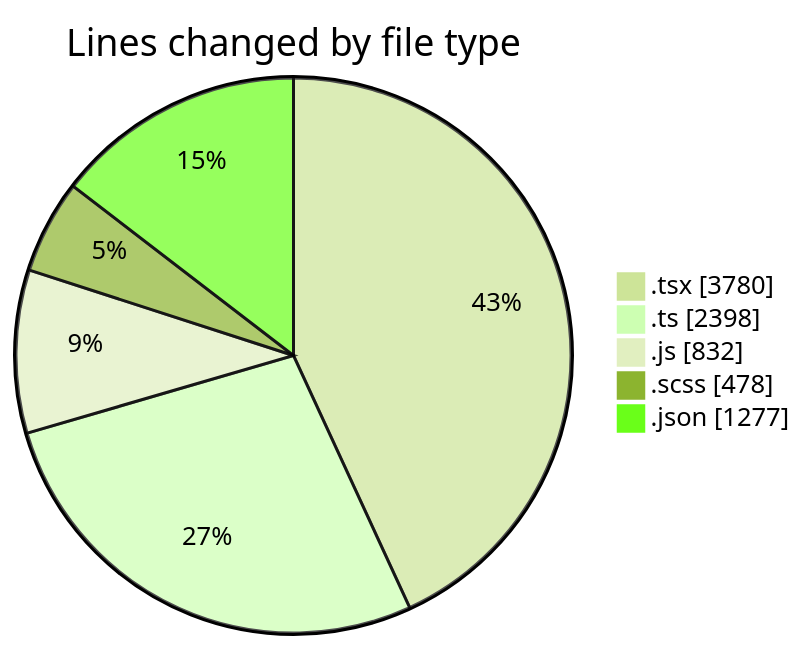
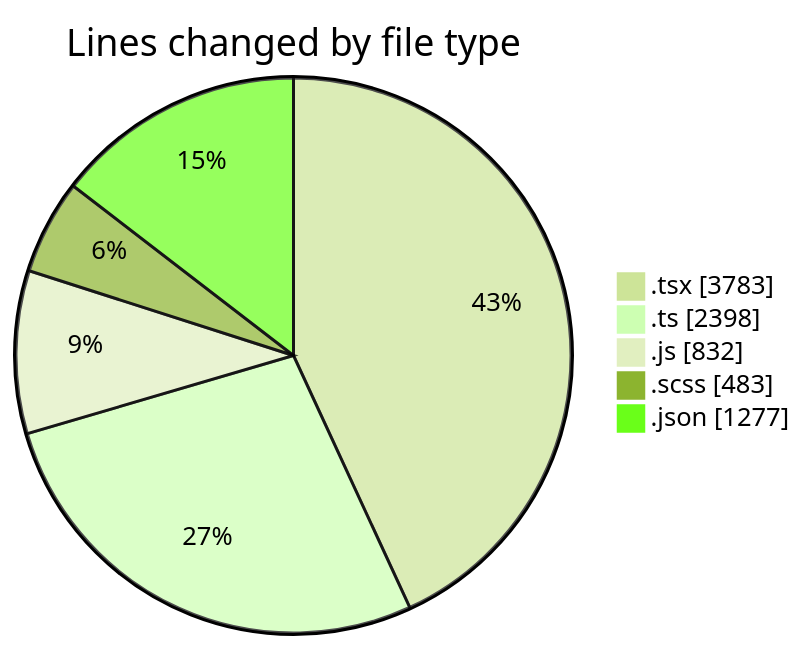
One commit to momahboobian/code-tracking changed the first of 2 diagrams in 2026-06-15/cda/README.md. Above: the diagram before and after it, drawn with Mermaid (forest theme). The commit also changed other lines of this file and 1 other file, not shown here.

````diff
--- a/2026-06-15/cda/README.md
+++ b/2026-06-15/cda/README.md
@@ -69,9 +69,9 @@
 ```mermaid
 pie showData
 title Lines changed by file type
-".tsx" : 3780
+".tsx" : 3783
 ".ts" : 2398
 ".js" : 832
-".scss" : 478
+".scss" : 483
 ".json" : 1277
 ```
````
